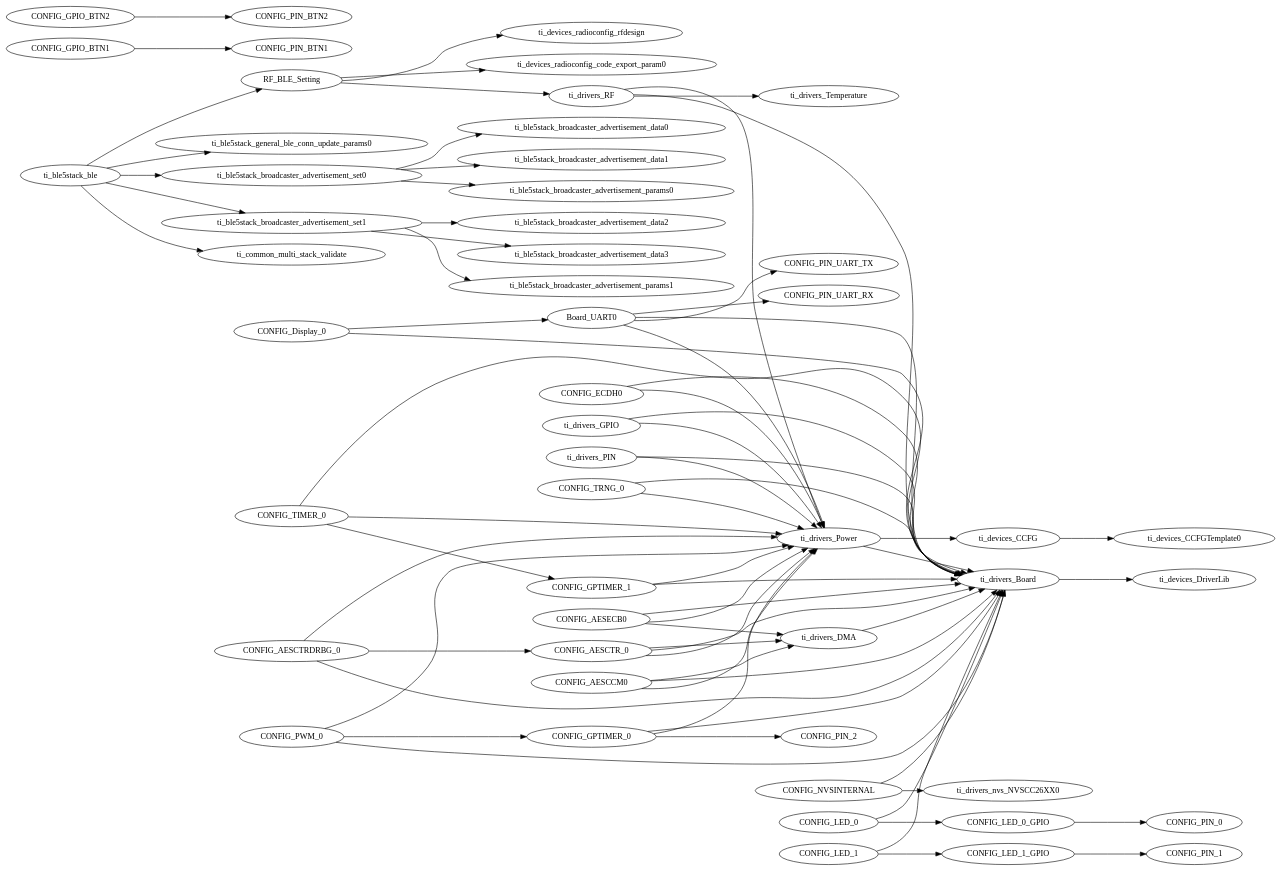
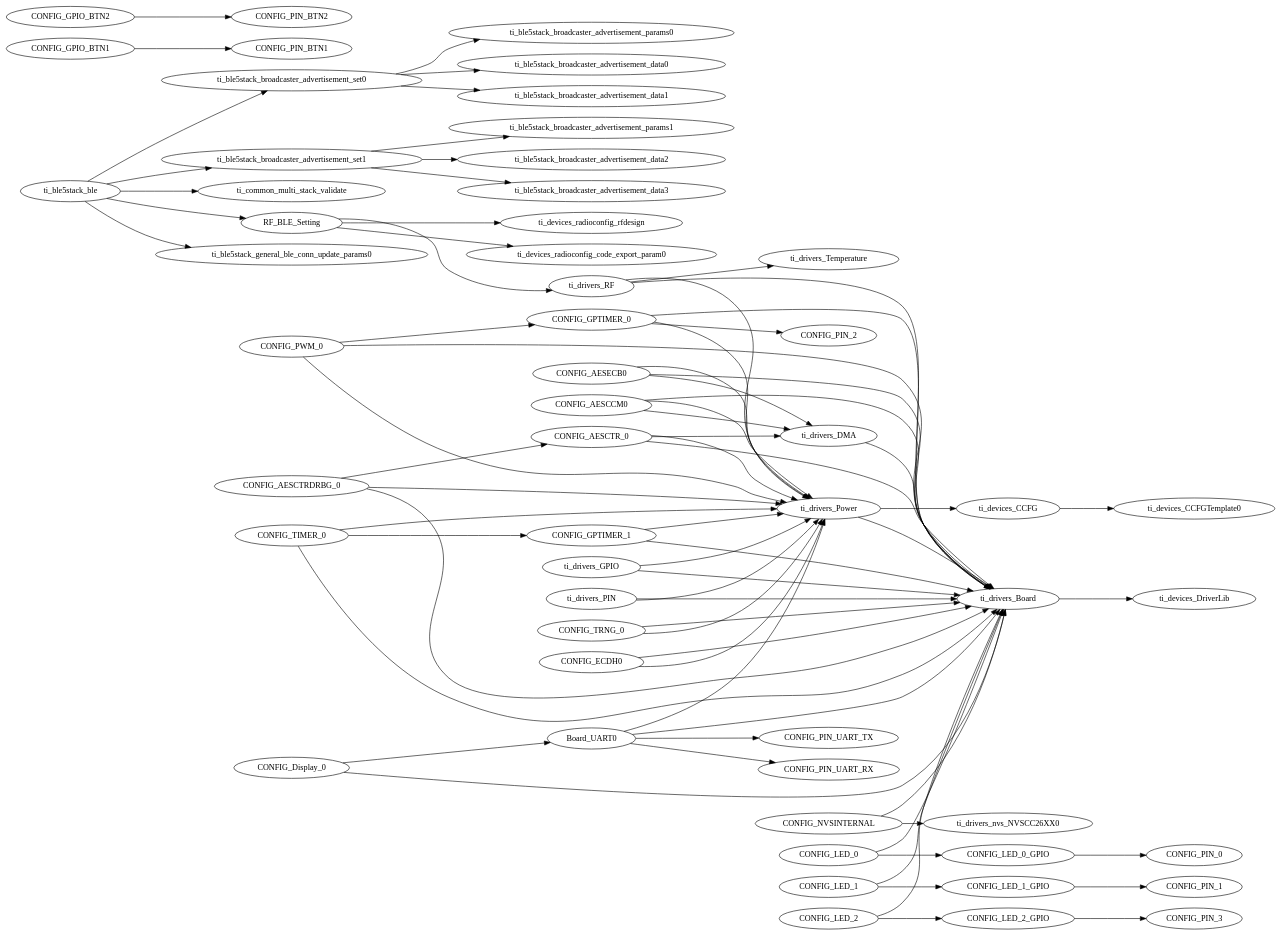
The diagram in simple_serial_socket_server_app_CC26X2R1_LAUNCHXL_tirtos_ccs/Debug/syscfg/ti_utils_runtime_model.gv (lukeb2014/fdii-haptic), drawn with Graphviz before and after one commit. The commit also changed 33 other files, not shown here.

```diff
--- a/simple_serial_socket_server_app_CC26X2R1_LAUNCHXL_tirtos_ccs/Debug/syscfg/ti_utils_runtime_model.gv
+++ b/simple_serial_socket_server_app_CC26X2R1_LAUNCHXL_tirtos_ccs/Debug/syscfg/ti_utils_runtime_model.gv
@@ -1,141 +1,144 @@
 digraph Model
 {
     graph[rankdir=LR]
 
     // mod.$name=/ti/ble5stack/ble
     ti_ble5stack_ble -> ti_common_multi_stack_validate
     ti_ble5stack_ble -> RF_BLE_Setting
     ti_ble5stack_ble -> ti_ble5stack_general_ble_conn_update_params0
     ti_ble5stack_ble -> ti_ble5stack_broadcaster_advertisement_set0
     ti_ble5stack_ble -> ti_ble5stack_broadcaster_advertisement_set1
 
     // mod.$name=/ti/ble5stack/broadcaster/advertisement_data
 
     // mod.$name=/ti/ble5stack/broadcaster/advertisement_params
 
     // mod.$name=/ti/ble5stack/broadcaster/advertisement_set
     ti_ble5stack_broadcaster_advertisement_set0 -> ti_ble5stack_broadcaster_advertisement_params0
     ti_ble5stack_broadcaster_advertisement_set0 -> ti_ble5stack_broadcaster_advertisement_data0
     ti_ble5stack_broadcaster_advertisement_set0 -> ti_ble5stack_broadcaster_advertisement_data1
     ti_ble5stack_broadcaster_advertisement_set1 -> ti_ble5stack_broadcaster_advertisement_params1
     ti_ble5stack_broadcaster_advertisement_set1 -> ti_ble5stack_broadcaster_advertisement_data2
     ti_ble5stack_broadcaster_advertisement_set1 -> ti_ble5stack_broadcaster_advertisement_data3
 
     // mod.$name=/ti/ble5stack/general/ble_conn_update_params
 
     // mod.$name=/ti/common/multi_stack_validate
 
     // mod.$name=/ti/devices/CCFG
     ti_devices_CCFG -> ti_devices_CCFGTemplate0
 
     // mod.$name=/ti/devices/CCFGTemplate
 
     // mod.$name=/ti/devices/DriverLib
 
     // mod.$name=/ti/devices/radioconfig/code_export_param
 
     // mod.$name=/ti/devices/radioconfig/rfdesign
 
     // mod.$name=/ti/devices/radioconfig/settings/ble
     RF_BLE_Setting -> ti_drivers_RF
     RF_BLE_Setting -> ti_devices_radioconfig_rfdesign
     RF_BLE_Setting -> ti_devices_radioconfig_code_export_param0
 
     // mod.$name=/ti/display/Display
     CONFIG_Display_0 -> ti_drivers_Board
     CONFIG_Display_0 -> Board_UART0
 
     // mod.$name=/ti/drivers/AESCCM
     CONFIG_AESCCM0 -> ti_drivers_DMA
     CONFIG_AESCCM0 -> ti_drivers_Power
     CONFIG_AESCCM0 -> ti_drivers_Board
 
     // mod.$name=/ti/drivers/AESCTR
     CONFIG_AESCTR_0 -> ti_drivers_DMA
     CONFIG_AESCTR_0 -> ti_drivers_Power
     CONFIG_AESCTR_0 -> ti_drivers_Board
 
     // mod.$name=/ti/drivers/AESCTRDRBG
     CONFIG_AESCTRDRBG_0 -> ti_drivers_Power
     CONFIG_AESCTRDRBG_0 -> ti_drivers_Board
     CONFIG_AESCTRDRBG_0 -> CONFIG_AESCTR_0
 
     // mod.$name=/ti/drivers/AESECB
     CONFIG_AESECB0 -> ti_drivers_DMA
     CONFIG_AESECB0 -> ti_drivers_Power
     CONFIG_AESECB0 -> ti_drivers_Board
 
     // mod.$name=/ti/drivers/Board
     ti_drivers_Board -> ti_devices_DriverLib
 
     // mod.$name=/ti/drivers/DMA
     ti_drivers_DMA -> ti_drivers_Board
 
     // mod.$name=/ti/drivers/ECDH
     CONFIG_ECDH0 -> ti_drivers_Power
     CONFIG_ECDH0 -> ti_drivers_Board
 
     // mod.$name=/ti/drivers/GPIO
     ti_drivers_GPIO -> ti_drivers_Power
     ti_drivers_GPIO -> ti_drivers_Board
     CONFIG_GPIO_BTN1 -> CONFIG_PIN_BTN1
     CONFIG_GPIO_BTN2 -> CONFIG_PIN_BTN2
     CONFIG_LED_0_GPIO -> CONFIG_PIN_0
     CONFIG_LED_1_GPIO -> CONFIG_PIN_1
+    CONFIG_LED_2_GPIO -> CONFIG_PIN_3
 
     // mod.$name=/ti/drivers/NVS
     CONFIG_NVSINTERNAL -> ti_drivers_Board
     CONFIG_NVSINTERNAL -> ti_drivers_nvs_NVSCC26XX0
 
     // mod.$name=/ti/drivers/PIN
     ti_drivers_PIN -> ti_drivers_Power
     ti_drivers_PIN -> ti_drivers_Board
 
     // mod.$name=/ti/drivers/PWM
     CONFIG_PWM_0 -> ti_drivers_Power
     CONFIG_PWM_0 -> ti_drivers_Board
     CONFIG_PWM_0 -> CONFIG_GPTIMER_0
 
     // mod.$name=/ti/drivers/Power
     ti_drivers_Power -> ti_devices_CCFG
     ti_drivers_Power -> ti_drivers_Board
 
     // mod.$name=/ti/drivers/RF
     ti_drivers_RF -> ti_drivers_Temperature
     ti_drivers_RF -> ti_drivers_Power
     ti_drivers_RF -> ti_drivers_Board
 
     // mod.$name=/ti/drivers/RTOS
 
     // mod.$name=/ti/drivers/TRNG
     CONFIG_TRNG_0 -> ti_drivers_Power
     CONFIG_TRNG_0 -> ti_drivers_Board
 
     // mod.$name=/ti/drivers/Temperature
 
     // mod.$name=/ti/drivers/Timer
     CONFIG_TIMER_0 -> ti_drivers_Power
     CONFIG_TIMER_0 -> ti_drivers_Board
     CONFIG_TIMER_0 -> CONFIG_GPTIMER_1
 
     // mod.$name=/ti/drivers/UART
     Board_UART0 -> ti_drivers_Power
     Board_UART0 -> ti_drivers_Board
     Board_UART0 -> CONFIG_PIN_UART_TX
     Board_UART0 -> CONFIG_PIN_UART_RX
 
     // mod.$name=/ti/drivers/apps/LED
     CONFIG_LED_0 -> ti_drivers_Board
     CONFIG_LED_1 -> ti_drivers_Board
+    CONFIG_LED_2 -> ti_drivers_Board
     CONFIG_LED_0 -> CONFIG_LED_0_GPIO
     CONFIG_LED_1 -> CONFIG_LED_1_GPIO
+    CONFIG_LED_2 -> CONFIG_LED_2_GPIO
 
     // mod.$name=/ti/drivers/nvs/NVSCC26XX
 
     // mod.$name=/ti/drivers/timer/GPTimerCC26XX
     CONFIG_GPTIMER_0 -> ti_drivers_Power
     CONFIG_GPTIMER_0 -> ti_drivers_Board
     CONFIG_GPTIMER_1 -> ti_drivers_Power
     CONFIG_GPTIMER_1 -> ti_drivers_Board
     CONFIG_GPTIMER_0 -> CONFIG_PIN_2
 }
```
